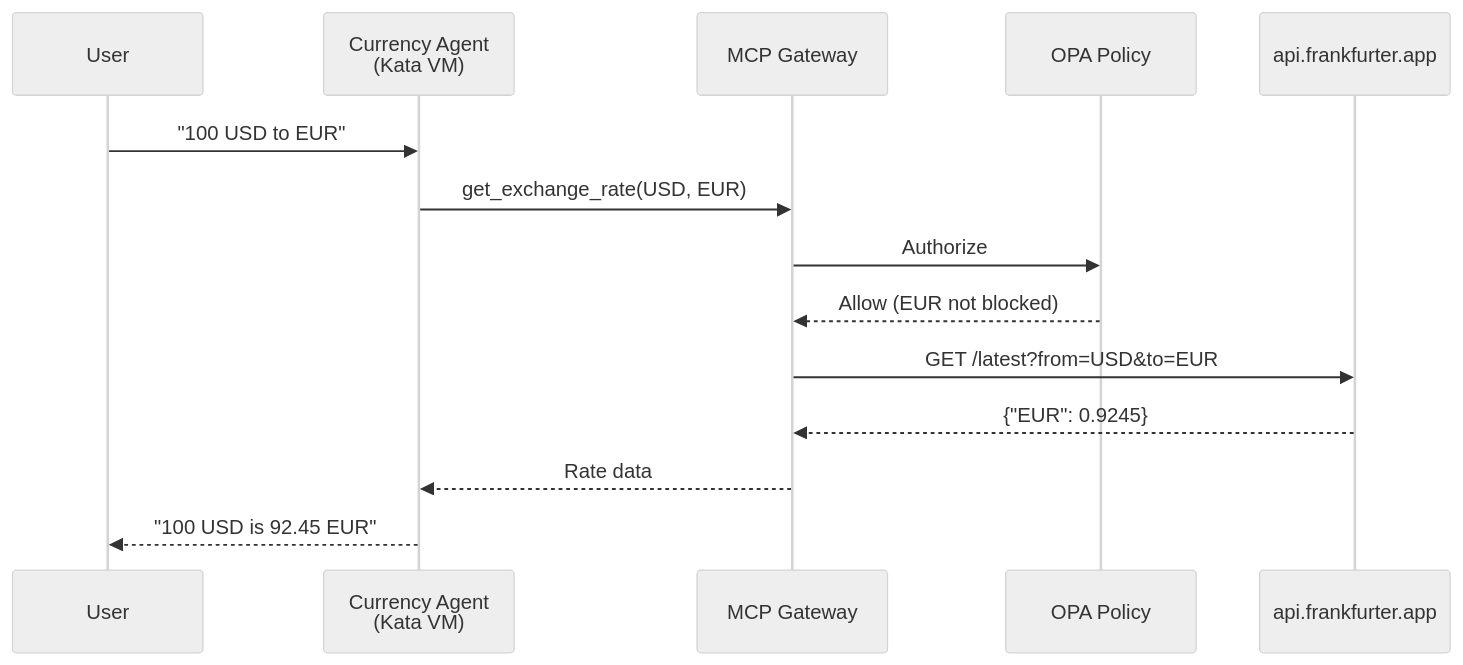
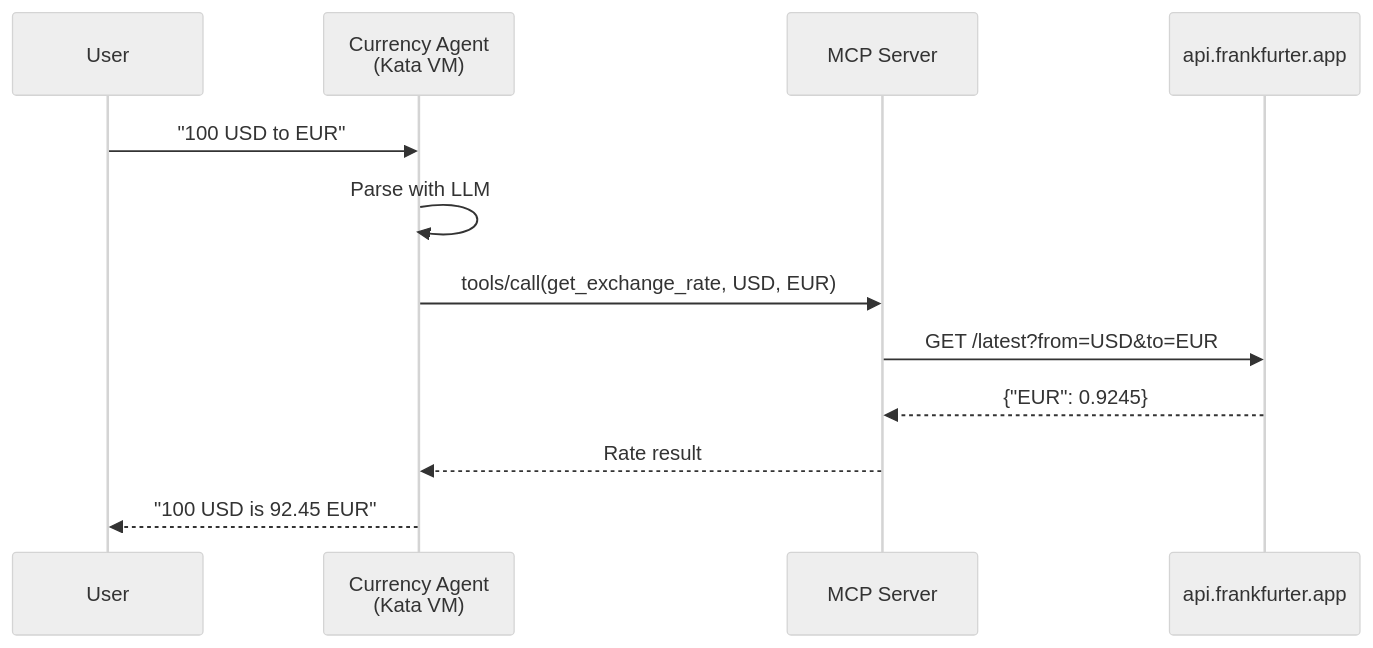
Before and after one commit to rrbanda/agent-sandbox-ocp: the diagram in docs/workshop/04-deploy-and-test/03-test-allowed.md, drawn with Mermaid (neutral theme). The commit also changed other lines of this file and 48 other files, not shown here.

````diff
--- a/docs/workshop/04-deploy-and-test/03-test-allowed.md
+++ b/docs/workshop/04-deploy-and-test/03-test-allowed.md
@@ -109,17 +133,15 @@
 ```mermaid
 sequenceDiagram
     participant User
     participant Agent as Currency Agent<br/>(Kata VM)
-    participant Gateway as MCP Gateway
-    participant OPA as OPA Policy
+    participant MCP as MCP Server
     participant API as api.frankfurter.app
     
     User->>Agent: "100 USD to EUR"
-    Agent->>Gateway: get_exchange_rate(USD, EUR)
-    Gateway->>OPA: Authorize
-    OPA-->>Gateway:  Allow (EUR not blocked)
-    Gateway->>API: GET /latest?from=USD&to=EUR
-    API-->>Gateway: {"EUR": 0.9245}
-    Gateway-->>Agent: Rate data
+    Agent->>Agent: Parse with LLM
+    Agent->>MCP: tools/call(get_exchange_rate, USD, EUR)
+    MCP->>API: GET /latest?from=USD&to=EUR
+    API-->>MCP: {"EUR": 0.9245}
+    MCP-->>Agent: Rate result
     Agent-->>User: "100 USD is 92.45 EUR"
 ```
````
